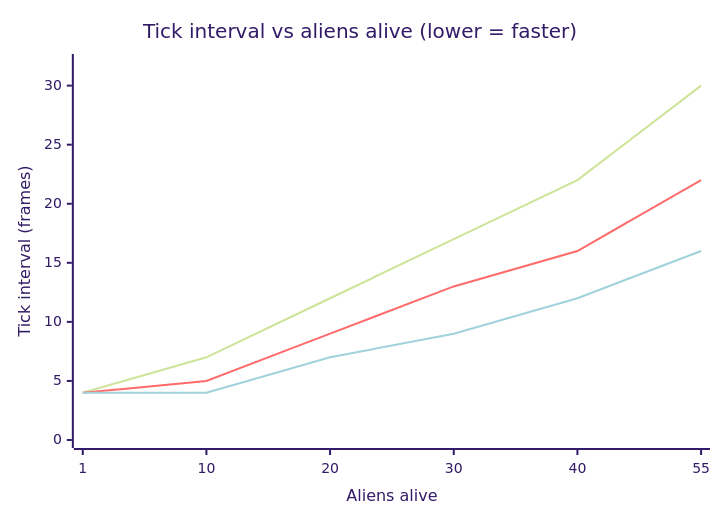
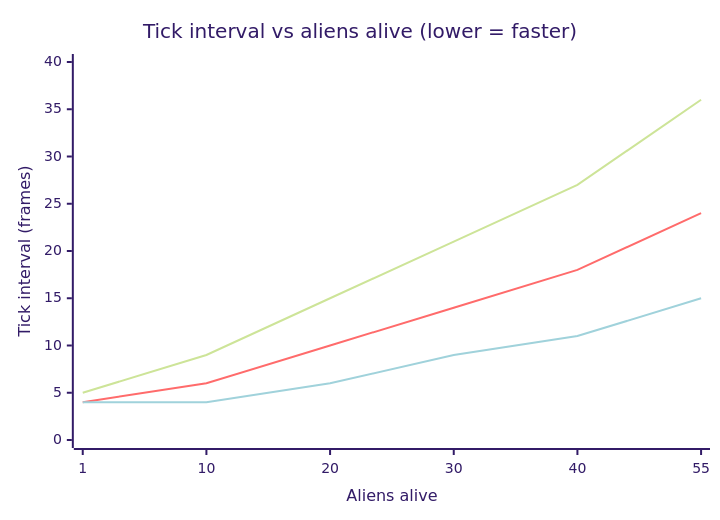
One commit to clodwyr/clodwyr.github.io changed the fourth of 4 diagrams in diagrams.md. Above: the diagram before and after it, drawn with Mermaid (forest theme). The commit also changed other lines of this file and 4 other files, not shown here.

First line of the commit message:
docs: update README, diagrams, AGENTS checklist; fix level 8 speed_scale

````diff
--- a/diagrams.md
+++ b/diagrams.md
@@ -100,9 +112,9 @@
 ```mermaid
 xychart-beta
     title "Tick interval vs aliens alive (lower = faster)"
     x-axis "Aliens alive" [1, 10, 20, 30, 40, 55]
-    y-axis "Tick interval (frames)" 0 --> 32
-    line "Level 1 (scale 1.00)" [4, 7, 12, 17, 22, 30]
-    line "Level 2 (scale 0.75)" [4, 5,  9, 13, 16, 22]
-    line "Level 3 (scale 0.55)" [4, 4,  7,  9, 12, 16]
+    y-axis "Tick interval (frames)" 0 --> 40
+    line "Level 1 (scale 1.20)" [5, 9, 15, 21, 27, 36]
+    line "Level 3 (scale 0.80)" [4, 6, 10, 14, 18, 24]
+    line "Level 6 (scale 0.50)" [4, 4,  6,  9, 11, 15]
 ```
````
